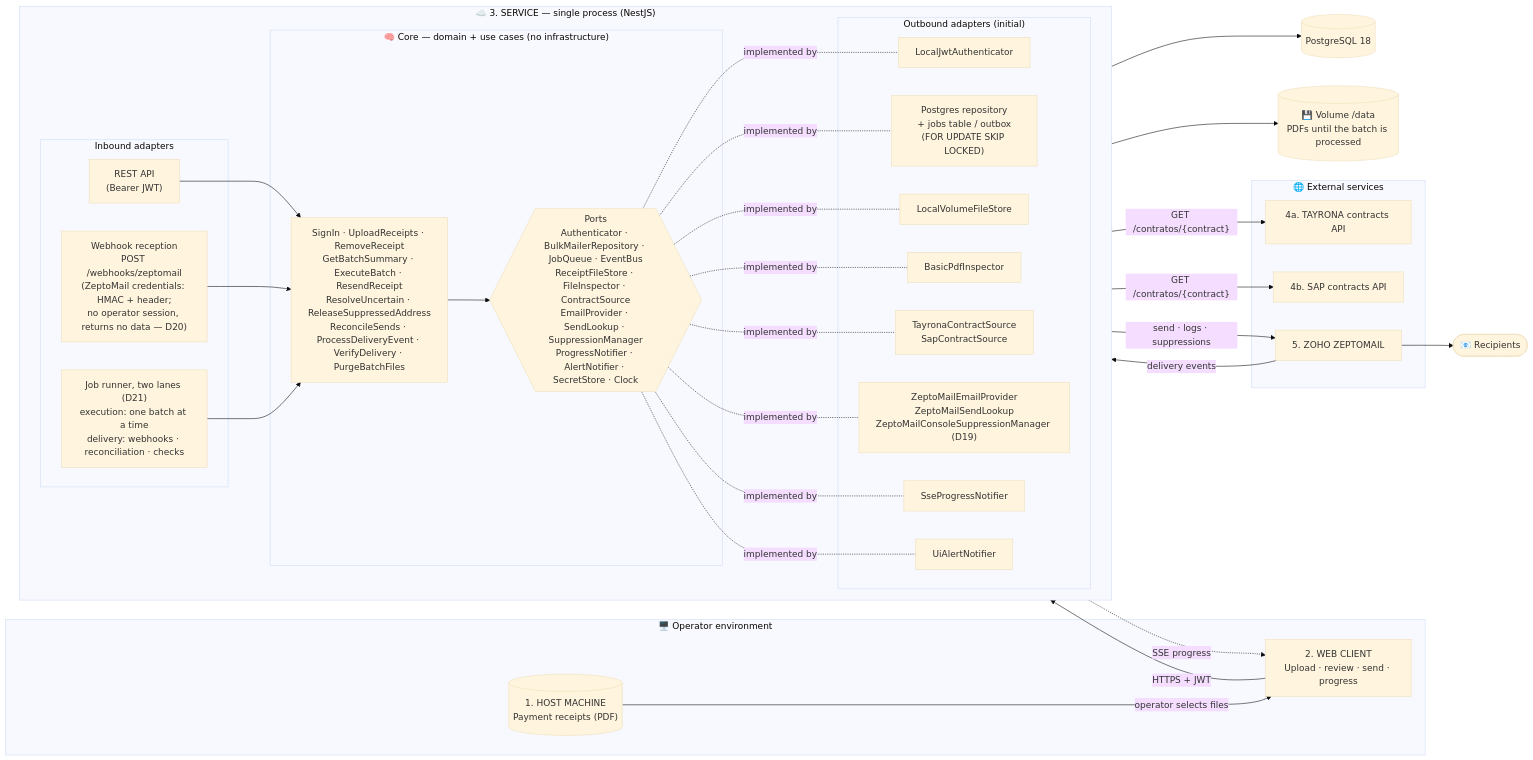
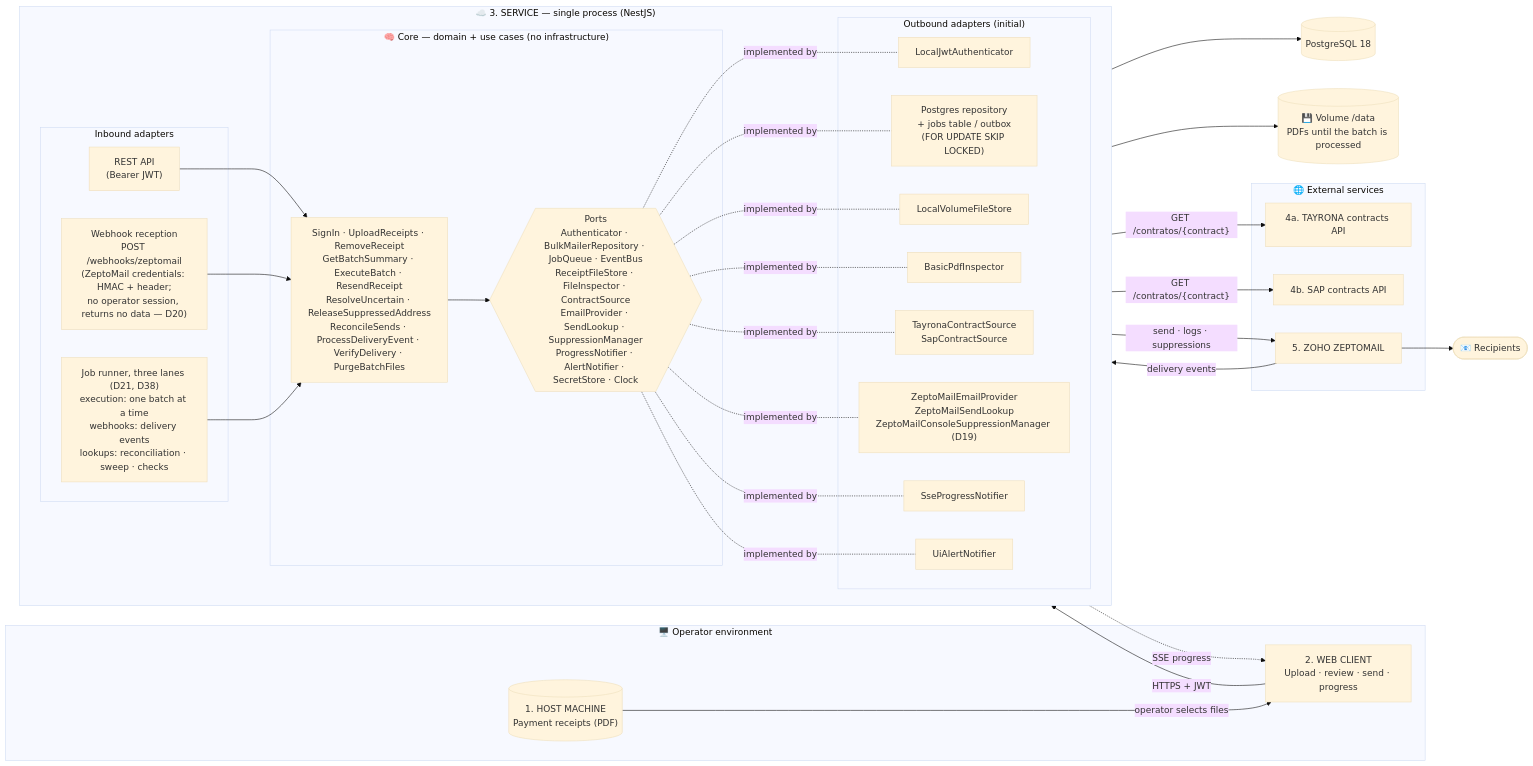
The first of 6 diagrams in docs/architecture/arquitectura.md (Ramioy/bulk-mailer-backend), drawn with Mermaid (base theme) before and after one commit. The commit also changed other lines of this file and 2 other files, not shown here.

````diff
--- a/docs/architecture/arquitectura.md
+++ b/docs/architecture/arquitectura.md
@@ -9,54 +9,54 @@
 ```mermaid
 flowchart LR
     subgraph USR["🖥️ Operator environment"]
         HOST[("1. HOST MACHINE<br/>Payment receipts (PDF)")]
         WEB["2. WEB CLIENT<br/>Upload · review · send · progress"]
     end
 
     subgraph SVC["☁️ 3. SERVICE — single process (NestJS)"]
         direction LR
         subgraph IN["Inbound adapters"]
             REST["REST API<br/>(Bearer JWT)"]
             WH["Webhook reception<br/>POST /webhooks/zeptomail<br/>(ZeptoMail credentials: HMAC + header;<br/>no operator session, returns no data — D20)"]
-            RUN["Job runner, two lanes (D21)<br/>execution: one batch at a time<br/>delivery: webhooks · reconciliation · checks"]
+            RUN["Job runner, three lanes (D21, D38)<br/>execution: one batch at a time<br/>webhooks: delivery events<br/>lookups: reconciliation · sweep · checks"]
         end
 
         subgraph CORE["🧠 Core — domain + use cases (no infrastructure)"]
             UC["SignIn · UploadReceipts · RemoveReceipt<br/>GetBatchSummary · ExecuteBatch · ResendReceipt<br/>ResolveUncertain · ReleaseSuppressedAddress<br/>ReconcileSends · ProcessDeliveryEvent · VerifyDelivery · PurgeBatchFiles"]
             PORTS{{"Ports<br/>Authenticator · BulkMailerRepository · JobQueue · EventBus<br/>ReceiptFileStore · FileInspector · ContractSource<br/>EmailProvider · SendLookup · SuppressionManager<br/>ProgressNotifier · AlertNotifier · SecretStore · Clock"}}
         end
 
         subgraph OUT["Outbound adapters (initial)"]
             A_AUTH["LocalJwtAuthenticator"]
             A_PG["Postgres repository<br/>+ jobs table / outbox<br/>(FOR UPDATE SKIP LOCKED)"]
             A_FS["LocalVolumeFileStore"]
             A_INS["BasicPdfInspector"]
             A_SRC["TayronaContractSource<br/>SapContractSource"]
             A_ZM["ZeptoMailEmailProvider<br/>ZeptoMailSendLookup<br/>ZeptoMailConsoleSuppressionManager (D19)"]
             A_SSE["SseProgressNotifier"]
             A_AL["UiAlertNotifier"]
         end
     end
 
     PG[("PostgreSQL 18")]
     VOL[("💾 Volume /data<br/>PDFs until the batch is processed")]
 
     subgraph EXT["🌐 External services"]
         TAY["4a. TAYRONA contracts API"]
         SAP["4b. SAP contracts API"]
         ZM["5. ZOHO ZEPTOMAIL"]
     end
     DEST(["📧 Recipients"])
 
     HOST -- "operator selects files" --> WEB
     WEB -- "HTTPS + JWT" --> REST
     A_SSE -. "SSE progress" .-> WEB
     ZM -- "delivery events" --> WH
     REST & WH & RUN --> UC --> PORTS
     PORTS -.implemented by.- A_AUTH & A_PG & A_FS & A_INS & A_SRC & A_ZM & A_SSE & A_AL
     A_PG --> PG
     A_FS --> VOL
     A_SRC -- "GET /contratos/{contract}" --> TAY & SAP
     A_ZM -- "send · logs · suppressions" --> ZM
     ZM --> DEST
 ```
````
